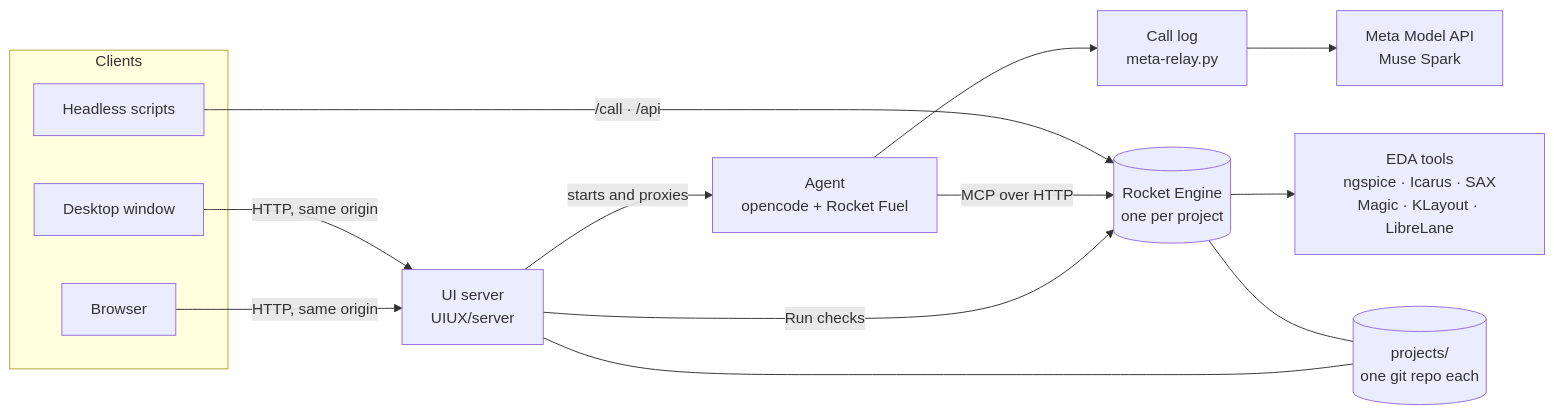
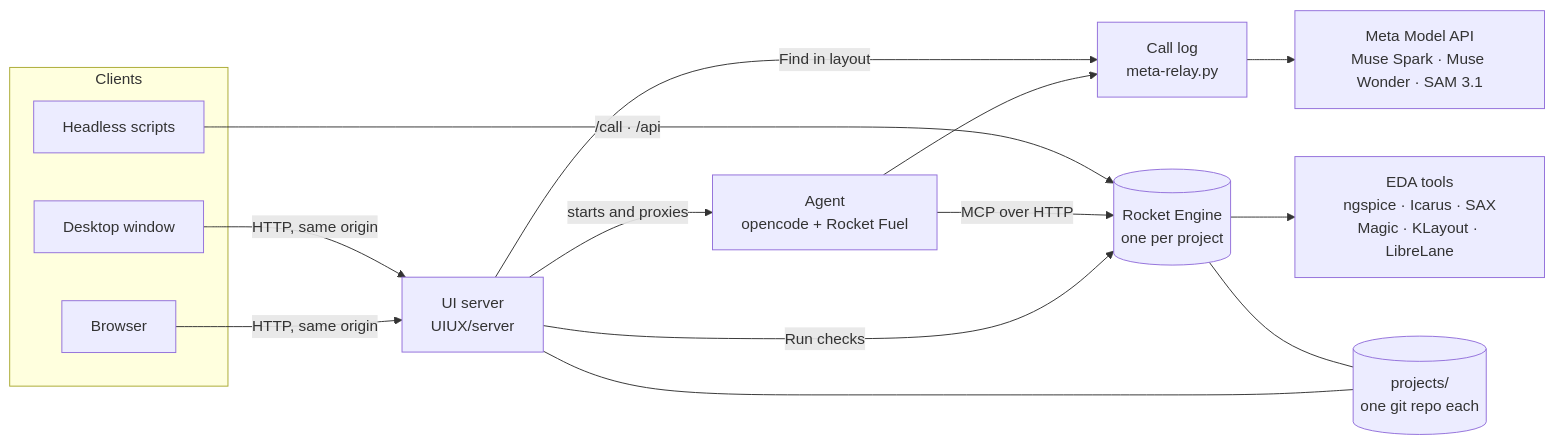
One commit to Team-RocketEDA/RocketIDE changed the diagram in README.md. Above: the diagram before and after it, drawn with Mermaid. The commit also changed other lines of this file and 16 other files, not shown here.

````diff
--- a/README.md
+++ b/README.md
@@ -180,26 +199,27 @@
 ```mermaid
 flowchart LR
   subgraph clients["Clients"]
     B["Browser"]
     D["Desktop window"]
     S["Headless scripts"]
   end
   UI["UI server<br/>UIUX/server"]
   A["Agent<br/>opencode + Rocket Fuel"]
   R["Call log<br/>meta-relay.py"]
-  M["Meta Model API<br/>Muse Spark"]
+  M["Meta Model API<br/>Muse Spark · Muse Wonder · SAM 3.1"]
   E[("Rocket Engine<br/>one per project")]
   T["EDA tools<br/>ngspice · Icarus · SAX<br/>Magic · KLayout · LibreLane"]
   P[("projects/<br/>one git repo each")]
 
   B -- "HTTP, same origin" --> UI
   D -- "HTTP, same origin" --> UI
   UI -- "starts and proxies" --> A
   UI -- "Run checks" --> E
   A -- "MCP over HTTP" --> E
   A --> R --> M
+  UI -- "Find in layout" --> R
   S -- "/call · /api" --> E
   E --> T
   UI --- P
   E --- P
 ```
````
